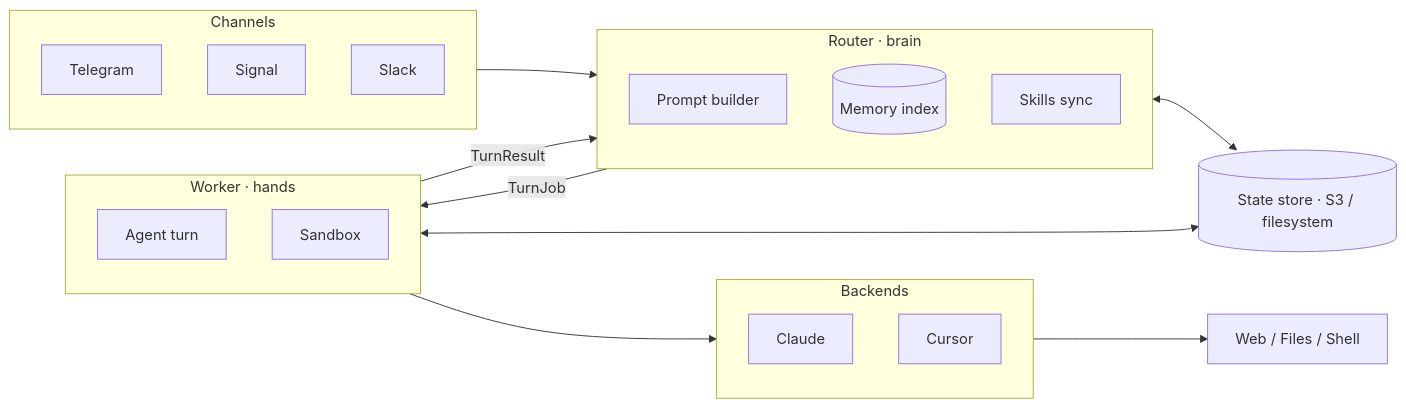
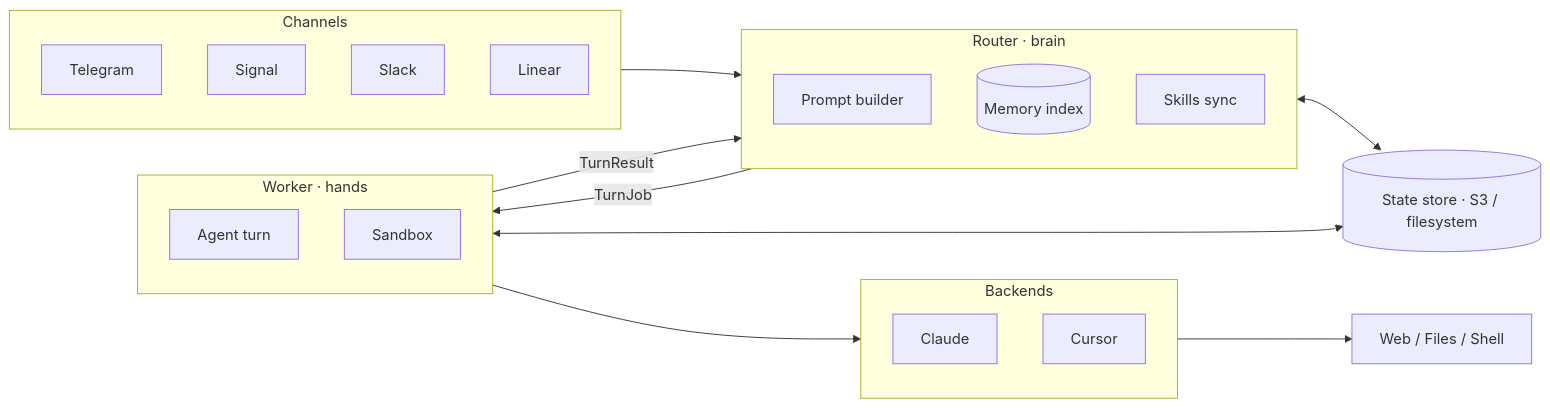
The diagram in README.md (oxideai/cica), drawn with Mermaid before and after one commit. The commit also changed other lines of this file and 13 other files, not shown here.

````diff
--- a/README.md
+++ b/README.md
@@ -89,35 +89,36 @@
 ```mermaid
 flowchart LR
     subgraph Channels
         TG[Telegram]
         SG[Signal]
         SL[Slack]
+        LN[Linear]
     end
 
     Channels --> Router
 
     subgraph Router [Router · brain]
         PB[Prompt builder]
         MEMIDX[(Memory index)]
         SKSYNC[Skills sync]
     end
 
     Router -- TurnJob --> Worker
     Worker -- TurnResult --> Router
 
     subgraph Worker [Worker · hands]
         AGENT[Agent turn]
         SBX[Sandbox]
     end
 
     Worker --> Backends
     subgraph Backends
         CC[Claude]
         CU[Cursor]
     end
     Backends --> Tools[Web / Files / Shell]
 
     Store[(State store · S3 / filesystem)]
     Router <--> Store
     Worker <--> Store
 ```
````
